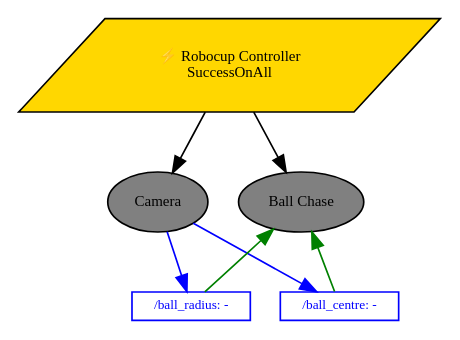
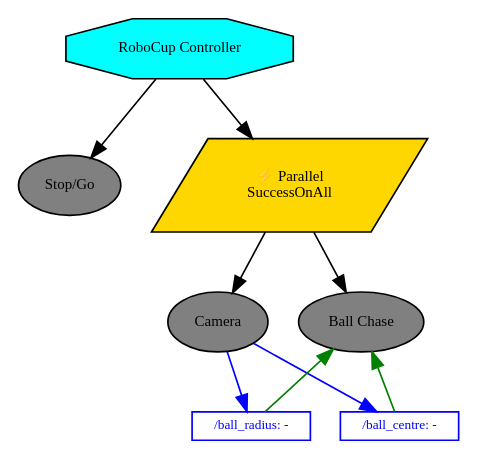
The diagram in controller/robocup_controller.dot (debater-coder/robocup-26), drawn with Graphviz before and after one commit. The commit also changed 6 other files, not shown here.

```diff
--- a/controller/robocup_controller.dot
+++ b/controller/robocup_controller.dot
@@ -1,22 +1,26 @@
 digraph pastafarianism {
 ordering=out;
 graph [fontname="times-roman"];
 node [fontname="times-roman"];
 edge [fontname="times-roman"];
-"Robocup Controller" [label="⚡ Robocup Controller\nSuccessOnAll", shape=parallelogram, style=filled, fillcolor=gold, fontsize=9, fontcolor=black];
+"RoboCup Controller" [label="RoboCup Controller", shape=octagon, style=filled, fillcolor=cyan, fontsize=9, fontcolor=black];
+"Stop/Go" [label="Stop/Go", shape=ellipse, style=filled, fillcolor=gray, fontsize=9, fontcolor=black];
+"RoboCup Controller" -> "Stop/Go";
+Parallel [label="⚡ Parallel\nSuccessOnAll", shape=parallelogram, style=filled, fillcolor=gold, fontsize=9, fontcolor=black];
+"RoboCup Controller" -> Parallel;
 Camera [label=Camera, shape=ellipse, style=filled, fillcolor=gray, fontsize=9, fontcolor=black];
-"Robocup Controller" -> Camera;
+Parallel -> Camera;
 "Ball Chase" [label="Ball Chase", shape=ellipse, style=filled, fillcolor=gray, fontsize=9, fontcolor=black];
-"Robocup Controller" -> "Ball Chase";
+Parallel -> "Ball Chase";
 "/ball_radius" -> "Ball Chase" [color=green, constraint=false, weight=0];
 Camera -> "/ball_radius" [color=blue, constraint=false, weight=0];
 "/ball_centre" -> "Ball Chase" [color=green, constraint=false, weight=0];
 Camera -> "/ball_centre" [color=blue, constraint=false, weight=0];
 subgraph Blackboard {
 id=Blackboard;
 label=Blackboard;
 rank=sink;
 "/ball_radius" [label="/ball_radius: -", shape=box, style=filled, color=blue, fillcolor=white, fontsize=8, fontcolor=blue, width=0, height=0, fixedsize=false];
 "/ball_centre" [label="/ball_centre: -", shape=box, style=filled, color=blue, fillcolor=white, fontsize=8, fontcolor=blue, width=0, height=0, fixedsize=false];
 }
 }
```
